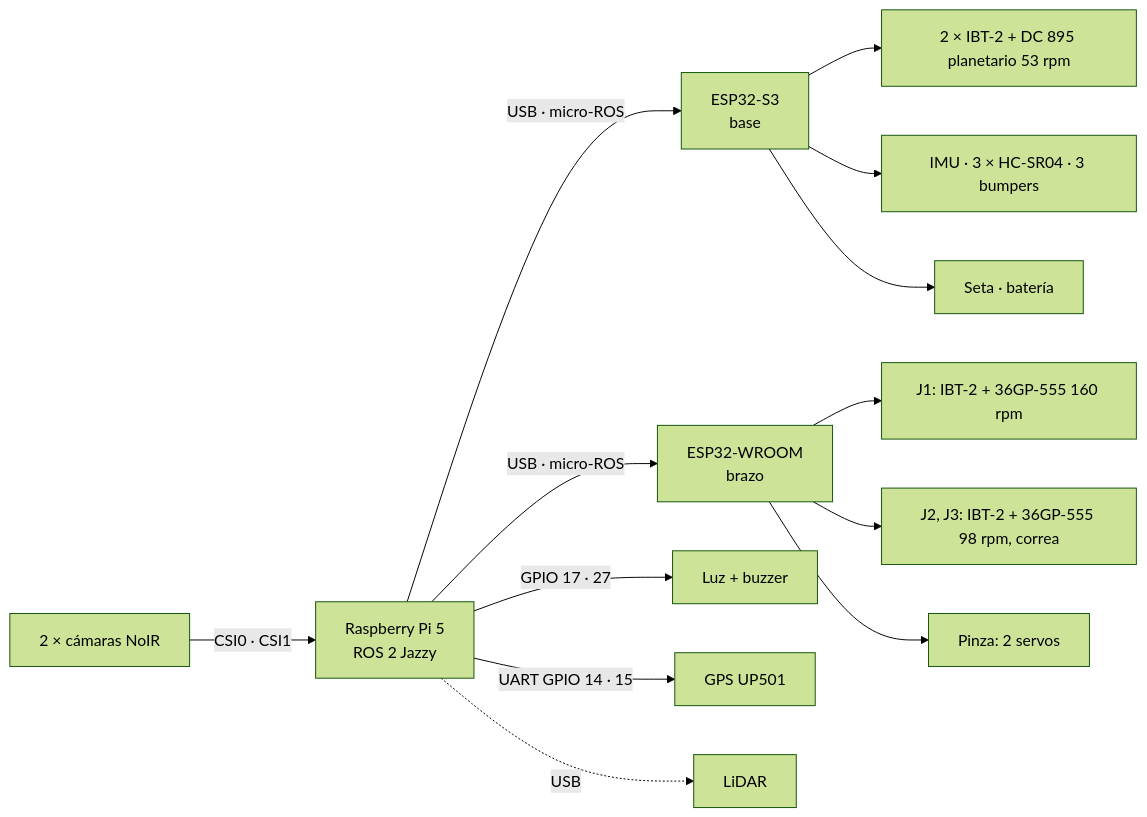
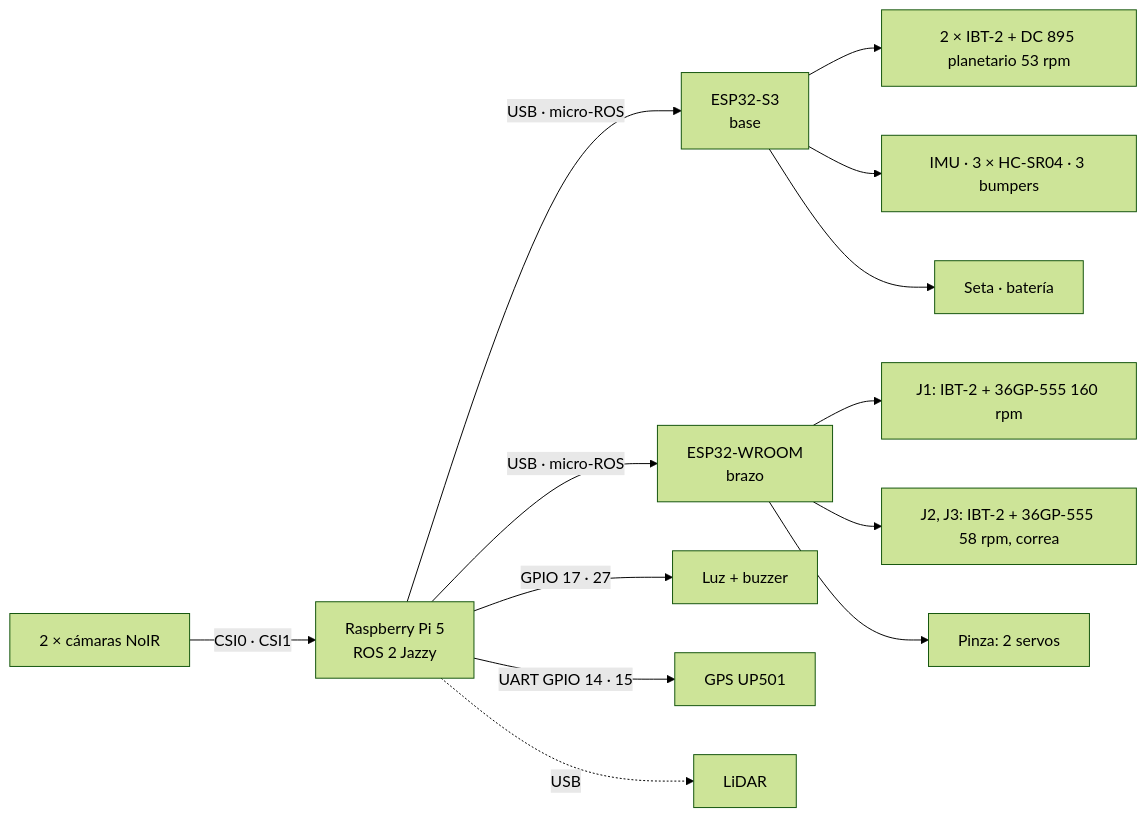
One commit to HecVelaz/recolector_de_frutas changed the diagram in docs/CONEXIONES.md. Above: the diagram before and after it, drawn with Mermaid (forest theme). The commit also changed other lines of this file and 8 other files, not shown here.

````diff
--- a/docs/CONEXIONES.md
+++ b/docs/CONEXIONES.md
@@ -9,15 +9,15 @@
 ```mermaid
 flowchart LR
   CAM[2 × cámaras NoIR] -- CSI0 · CSI1 --> PI[Raspberry Pi 5<br/>ROS 2 Jazzy]
   PI -- USB · micro-ROS --> S3[ESP32-S3<br/>base]
   PI -- USB · micro-ROS --> WR[ESP32-WROOM<br/>brazo]
   PI -- GPIO 17 · 27 --> IND[Luz + buzzer]
   PI -- UART GPIO 14 · 15 --> GPS[GPS UP501]
   PI -. USB .-> LID[LiDAR]
   S3 --> TR[2 × IBT-2 + DC 895 planetario 53 rpm]
   S3 --> SEN[IMU · 3 × HC-SR04 · 3 bumpers]
   S3 --> SEG[Seta · batería]
   WR --> J1[J1: IBT-2 + 36GP-555 160 rpm]
-  WR --> J23[J2, J3: IBT-2 + 36GP-555 98 rpm, correa]
+  WR --> J23[J2, J3: IBT-2 + 36GP-555 58 rpm, correa]
   WR --> PZ[Pinza: 2 servos]
 ```
````
